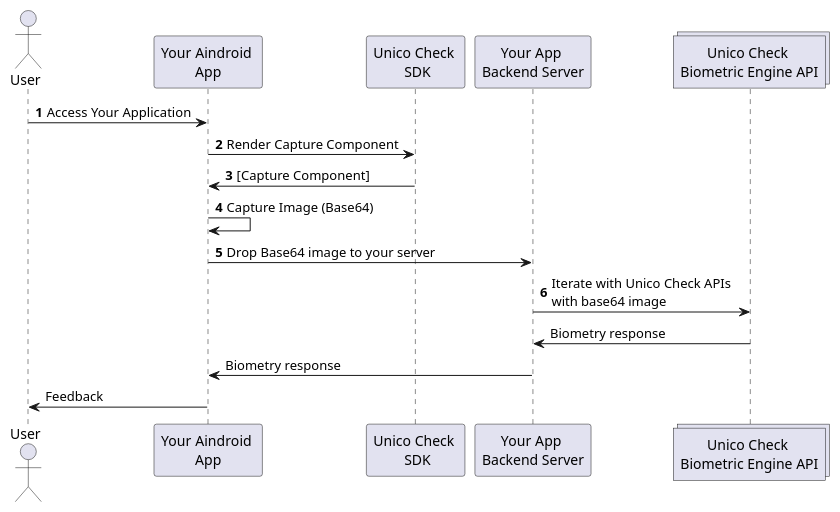
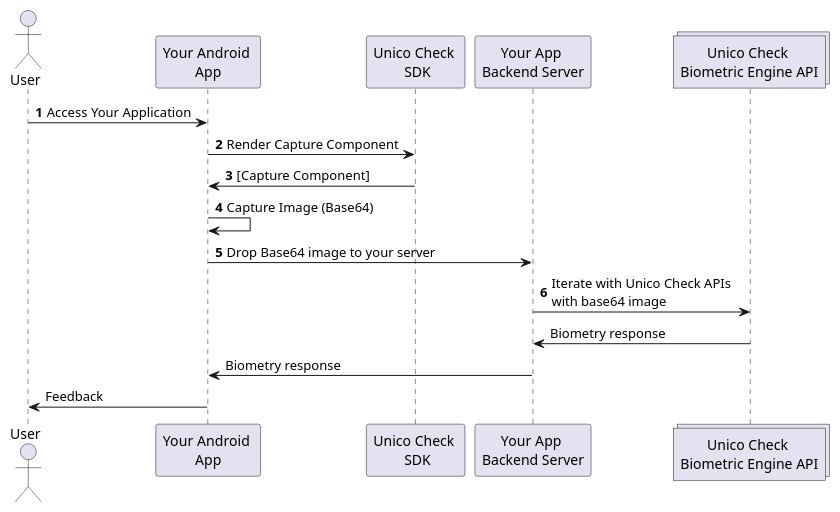
The diagram in docs/guias/android/overview.md (mrcsvg/unico-stage), drawn with PlantUML before and after one commit. The commit also changed other lines of this file and 9 other files, not shown here.

````diff
--- a/docs/guias/android/overview.md
+++ b/docs/guias/android/overview.md
@@ -108,26 +108,26 @@
 ```plantuml Your title
 
 @startuml
 
 actor       User        as User
-participant YourApp     as "Your Aindroid \nApp"
+participant YourApp     as "Your Android \nApp"
 participant UnicoSDK    as "Unico Check \n SDK"
 participant YourServer  as "Your App \nBackend Server"
 collections UnicoServer as "Unico Check \nBiometric Engine API"
 
 autonumber
 User -> YourApp : Access Your Application
 YourApp -> UnicoSDK : Render Capture Component
 UnicoSDK -> YourApp: [Capture Component]
 YourApp -> YourApp: Capture Image (Base64)
 YourApp -> YourServer: Drop Base64 image to your server  
 YourServer -> UnicoServer: Iterate with Unico Check APIs \nwith base64 image
 
 autonumber stop
 UnicoServer -> YourServer: Biometry response 
 YourServer -> YourApp : Biometry response
 User <- YourApp : Feedback
 
 @enduml
 
 ```
````
